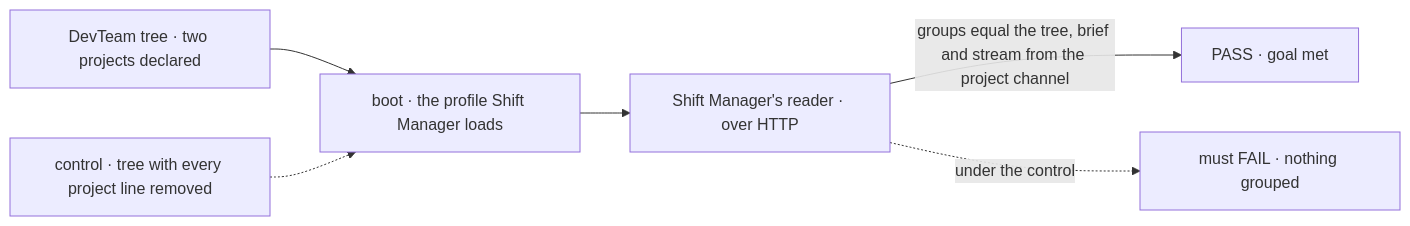
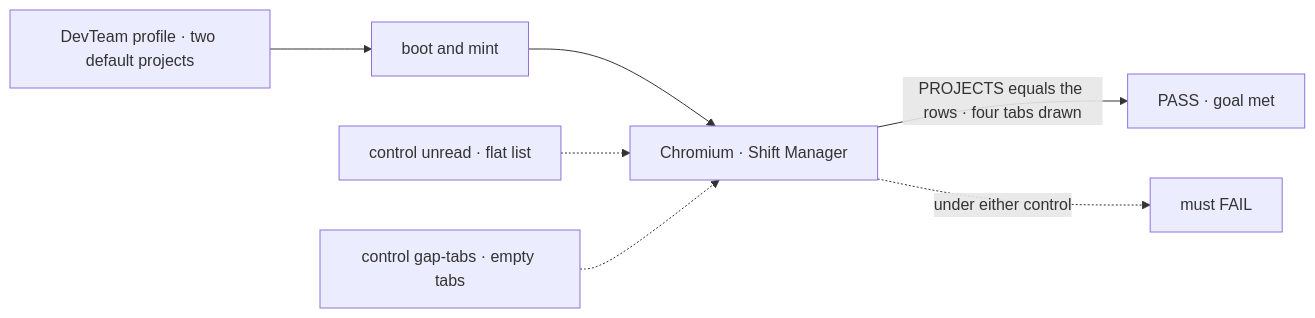
Before and after one commit to fixpoint-labs/flow-state-dev: the first of 2 diagrams in specs/issues/FIX-1718/SPEC.md, drawn with Mermaid. The commit also changed other lines of this file and 9 other files, not shown here.

````diff
--- a/specs/issues/FIX-1718/SPEC.md
+++ b/specs/issues/FIX-1718/SPEC.md
@@ -38,8 +45,9 @@
 ```mermaid
 flowchart LR
-  T["DevTeam tree · two projects declared"] --> B["boot · the profile Shift Manager loads"]
-  B --> R["Shift Manager's reader · over HTTP"]
-  R -->|"groups equal the tree, brief and stream from the project channel"| P["PASS · goal met"]
-  C["control · tree with every project line removed"] -.-> B
-  R -.->|"under the control"| F["must FAIL · nothing grouped"]
+  T["DevTeam profile · two default projects"] --> B["boot and mint"]
+  B --> W["Chromium · Shift Manager"]
+  W -->|"PROJECTS equals the rows · four tabs drawn"| P["PASS · goal met"]
+  C1["control unread · flat list"] -.-> W
+  C2["control gap-tabs · empty tabs"] -.-> W
+  W -.->|"under either control"| F["must FAIL"]
 ```
````
